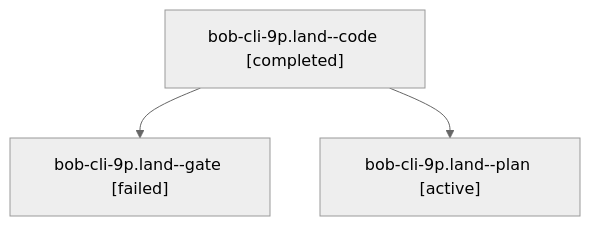
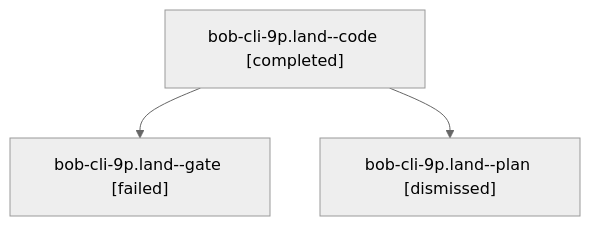
The diagram in sessions/bbugyi200.athena.bob-cli-9p.land.md (bobs-org/bob-cli--agents), drawn with Mermaid (neutral theme) before and after one commit. The commit also changed other lines of this file and 76 other files, not shown here.

````diff
--- a/sessions/bbugyi200.athena.bob-cli-9p.land.md
+++ b/sessions/bbugyi200.athena.bob-cli-9p.land.md
@@ -9,8 +9,8 @@
 ```mermaid
 flowchart TD
   n0["bob-cli-9p.land--code [completed]"]
   n1["bob-cli-9p.land--gate [failed]"]
   n0 --> n1
-  n2["bob-cli-9p.land--plan [active]"]
+  n2["bob-cli-9p.land--plan [dismissed]"]
   n0 --> n2
 ```
````
